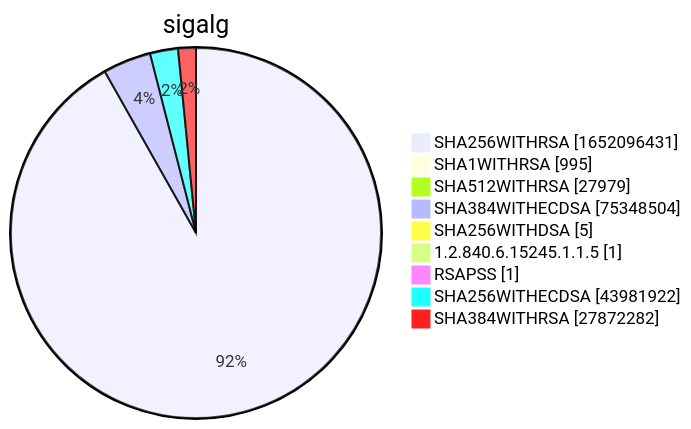
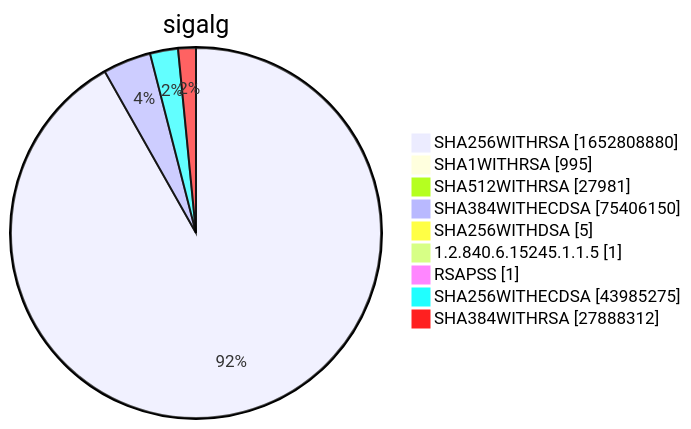
Diagram 15 of 15 in xenon2022/README.md (christiankrug/ctmonitor_visualization), drawn with Mermaid before and after one commit. The commit also changed other lines of this file, not shown here.

````diff
--- a/xenon2022/README.md
+++ b/xenon2022/README.md
@@ -5874,13 +5874,13 @@
 ```mermaid
 pie showData
 title sigalg
-"SHA256WITHRSA" :1652096431
+"SHA256WITHRSA" :1652808880
 "SHA1WITHRSA" :995
-"SHA512WITHRSA" :27979
-"SHA384WITHECDSA" :75348504
+"SHA512WITHRSA" :27981
+"SHA384WITHECDSA" :75406150
 "SHA256WITHDSA" :5
 "1.2.840.6.15245.1.1.5" :1
 "RSAPSS" :1
-"SHA256WITHECDSA" :43981922
-"SHA384WITHRSA" :27872282
+"SHA256WITHECDSA" :43985275
+"SHA384WITHRSA" :27888312
 ```
````
